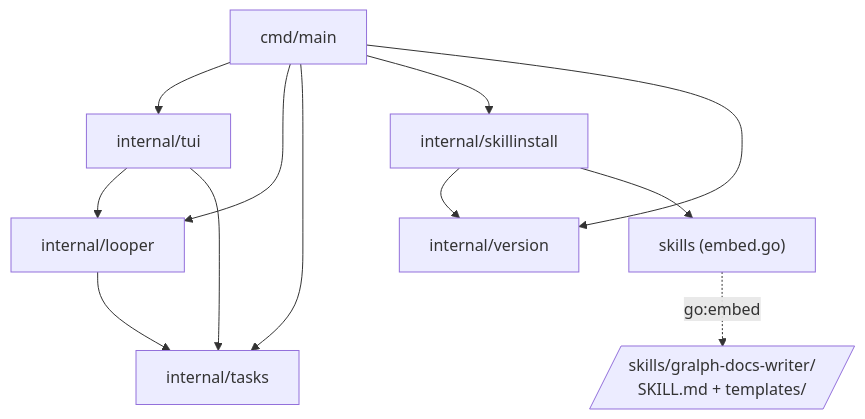
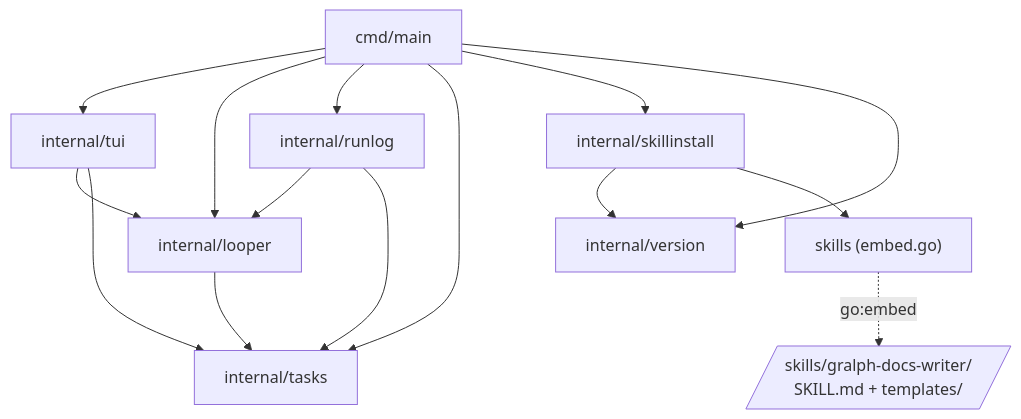
One commit to twistingmercury/gralph changed the diagram in docs/dependency_graph.md. Above: the diagram before and after it, drawn with Mermaid. The commit also changed other lines of this file and 2 other files, not shown here.

````diff
--- a/docs/dependency_graph.md
+++ b/docs/dependency_graph.md
@@ -8,24 +8,28 @@
 ```mermaid
 graph TD
     main["cmd/main"]
     tui["internal/tui"]
     looper["internal/looper"]
+    runlog["internal/runlog"]
     tasks["internal/tasks"]
     skillinstall["internal/skillinstall"]
     version["internal/version"]
     skills["skills (embed.go)"]
     skilldir[/"skills/gralph-docs-writer/<br/>SKILL.md + templates/"/]
 
     main --> tui
     main --> looper
+    main --> runlog
     main --> tasks
     main --> skillinstall
     main --> version
     tui --> looper
     tui --> tasks
     looper --> tasks
+    runlog --> looper
+    runlog --> tasks
     skillinstall --> version
     skillinstall --> skills
 
     skills -. "go:embed" .-> skilldir
 ```
````
